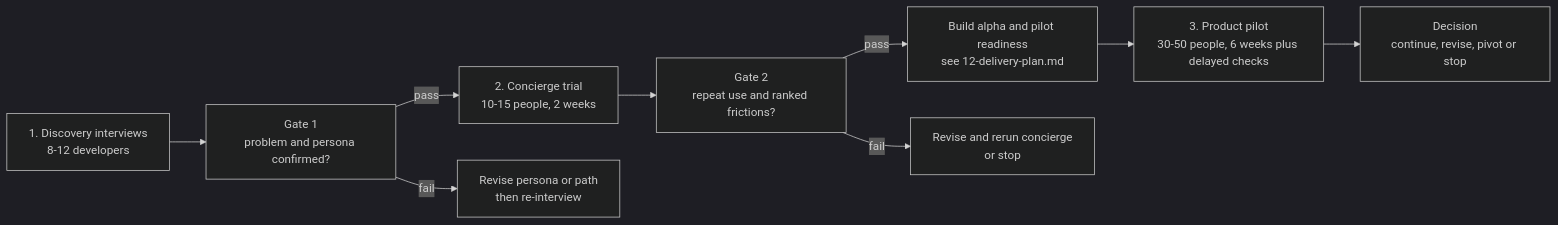
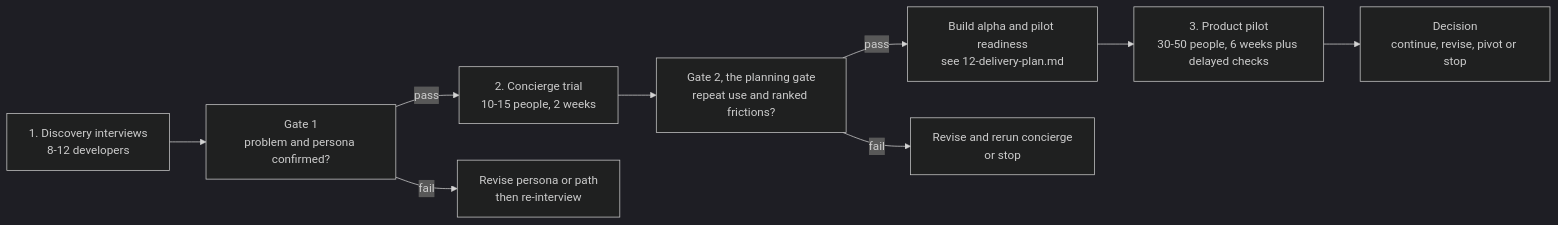
Before and after one commit to GhanshyamSoni68/app_idea: the first of 2 diagrams in devstep/docs/10-measurement-and-validation.md, drawn with Mermaid (dark theme). The commit also changed other lines of this file and 3 other files, not shown here.

````diff
--- a/devstep/docs/10-measurement-and-validation.md
+++ b/devstep/docs/10-measurement-and-validation.md
@@ -38,11 +40,11 @@
 ```mermaid
 flowchart LR
     S1["1. Discovery interviews<br/>8-12 developers"] --> G1["Gate 1<br/>problem and persona confirmed?"]
     G1 -->|pass| S2["2. Concierge trial<br/>10-15 people, 2 weeks"]
     G1 -->|fail| R1["Revise persona or path<br/>then re-interview"]
-    S2 --> G2["Gate 2<br/>repeat use and ranked frictions?"]
+    S2 --> G2["Gate 2, the planning gate<br/>repeat use and ranked frictions?"]
     G2 -->|pass| B["Build alpha and pilot readiness<br/>see 12-delivery-plan.md"]
     G2 -->|fail| R2["Revise and rerun concierge<br/>or stop"]
     B --> S3["3. Product pilot<br/>30-50 people, 6 weeks plus delayed checks"]
     S3 --> D["Decision<br/>continue, revise, pivot or stop"]
 ```
````
